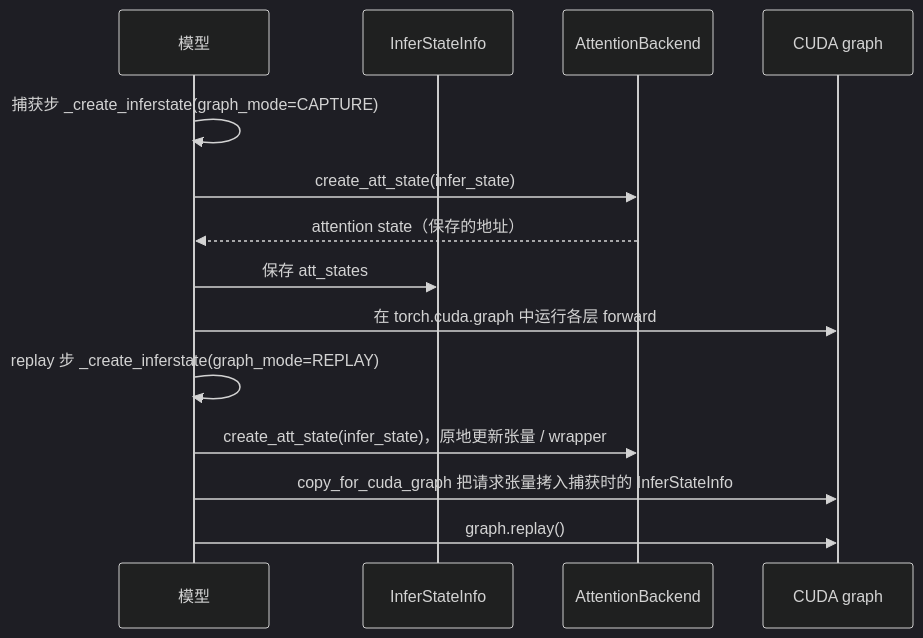
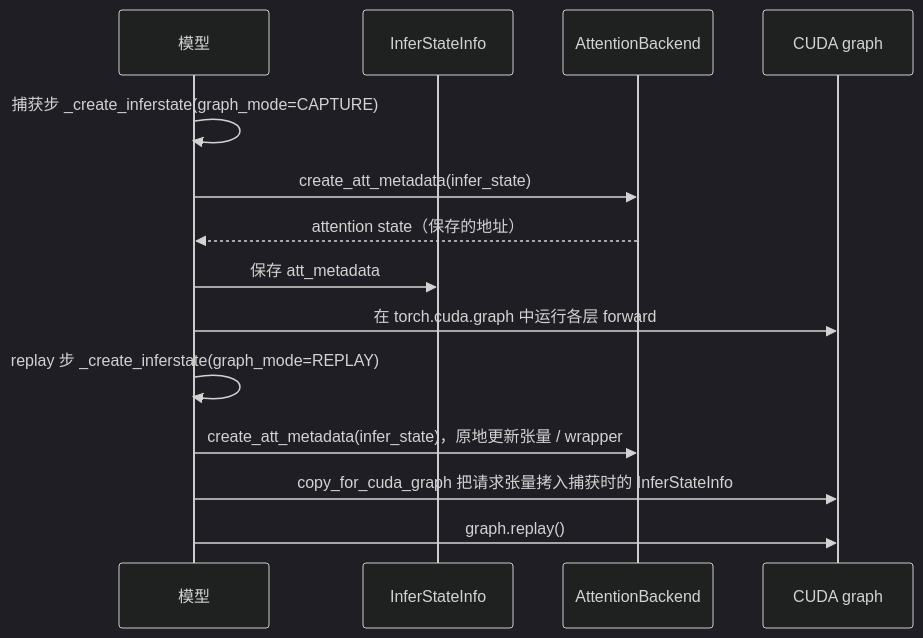
One commit to ModelTC/LightLLM changed the second of 2 diagrams in docs/CN/source/framework/attention_backend_design.md. Above: the diagram before and after it, drawn with Mermaid (dark theme). The commit also changed other lines of this file and 89 other files, not shown here.

````diff
--- a/docs/CN/source/framework/attention_backend_design.md
+++ b/docs/CN/source/framework/attention_backend_design.md
@@ -197,16 +199,16 @@
 ```mermaid
 sequenceDiagram
     participant M as 模型
     participant A as InferStateInfo
     participant B as AttentionBackend
     participant G as CUDA graph
     M->>M: 捕获步 _create_inferstate(graph_mode=CAPTURE)
-    M->>B: create_att_state(infer_state)
+    M->>B: create_att_metadata(infer_state)
     B-->>M: attention state（保存的地址）
-    M->>A: 保存 att_states
+    M->>A: 保存 att_metadata
     M->>G: 在 torch.cuda.graph 中运行各层 forward
     M->>M: replay 步 _create_inferstate(graph_mode=REPLAY)
-    M->>B: create_att_state(infer_state)，原地更新张量 / wrapper
+    M->>B: create_att_metadata(infer_state)，原地更新张量 / wrapper
     M->>G: copy_for_cuda_graph 把请求张量拷入捕获时的 InferStateInfo
     M->>G: graph.replay()
 ```
````
